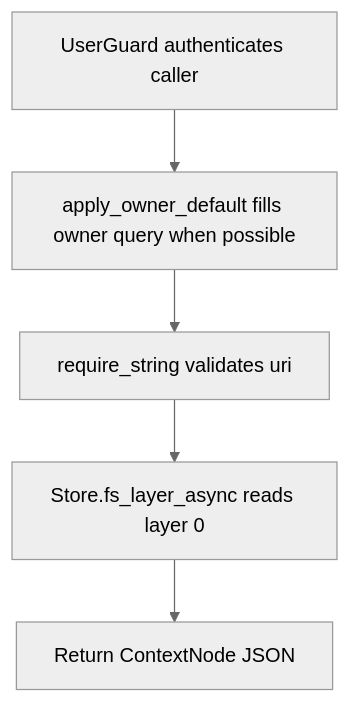
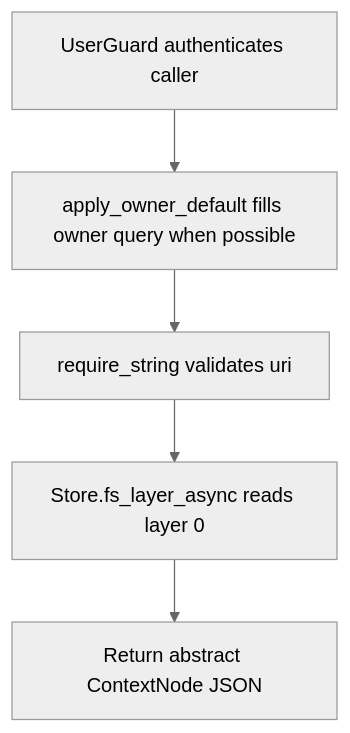
The diagram in doc/api/get_v1_fs_abstract.md (dickwu/nowledge), drawn with Mermaid (neutral theme) before and after one commit. The commit also changed other lines of this file and 31 other files, not shown here.

````diff
--- a/doc/api/get_v1_fs_abstract.md
+++ b/doc/api/get_v1_fs_abstract.md
@@ -38,12 +46,12 @@
 ```mermaid
 flowchart TD
   n0["UserGuard authenticates caller"]
   n1["apply_owner_default fills owner query when possible"]
   n2["require_string validates uri"]
   n3["Store.fs_layer_async reads layer 0"]
-  n4["Return ContextNode JSON"]
+  n4["Return abstract ContextNode JSON"]
   n0 --> n1
   n1 --> n2
   n2 --> n3
   n3 --> n4
 ```
````
